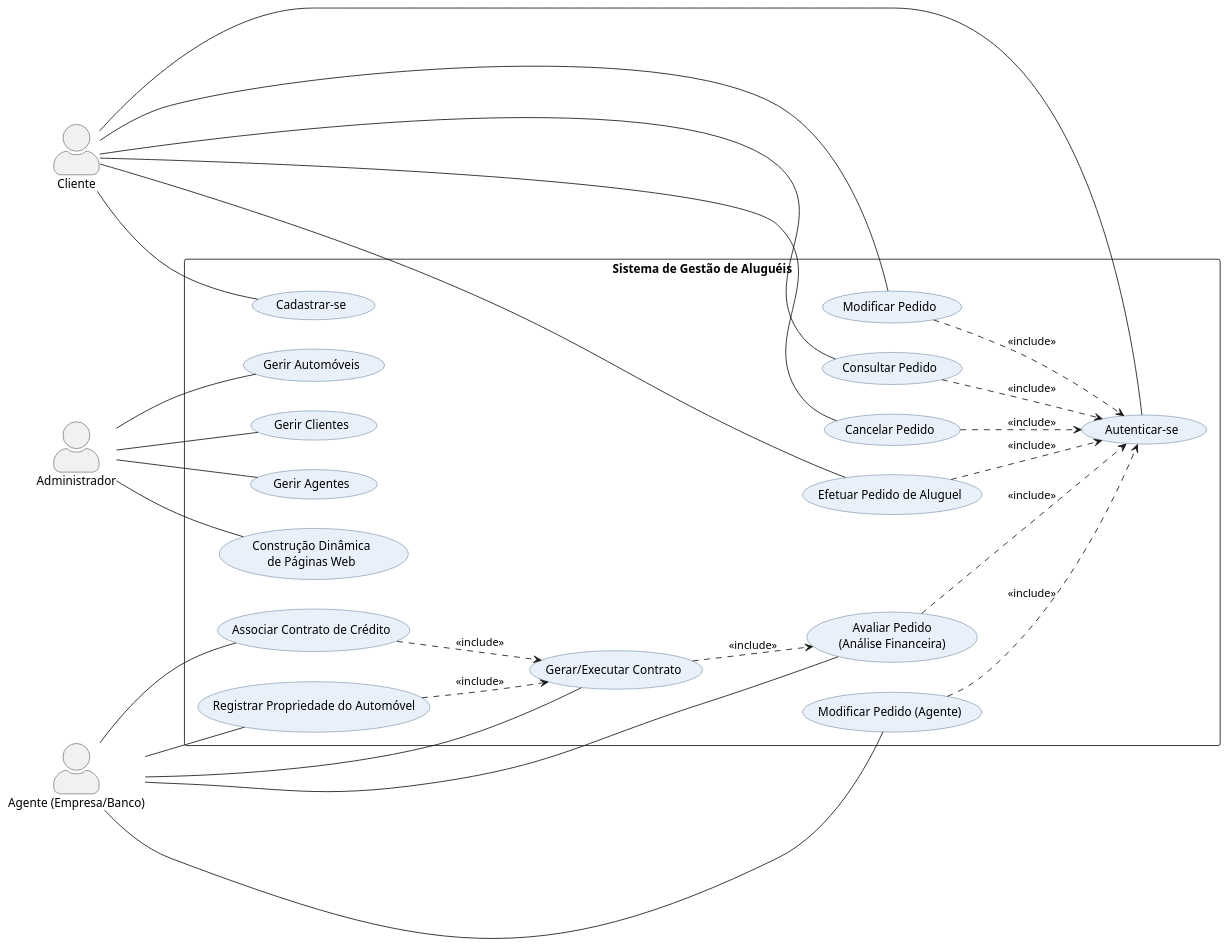
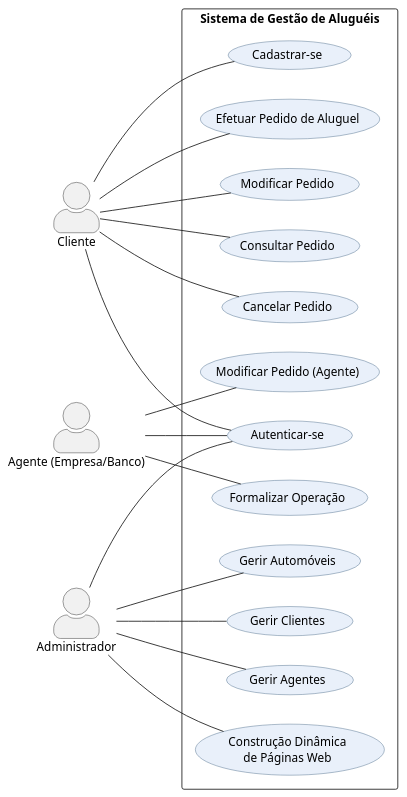
The diagram in project/code/usecase_diagram.md (LDS-Javali/ds-lab02), drawn with PlantUML before and after one commit. The commit also changed other lines of this file, not shown here.

````diff
--- a/project/code/usecase_diagram.md
+++ b/project/code/usecase_diagram.md
@@ -3,63 +3,59 @@
 ``` plantuml
 @startuml
 left to right direction
 skinparam actorStyle awesome
 skinparam usecaseBorderColor #406080
 skinparam usecaseBackgroundColor #E9F0FA
 skinparam shadowing false
 
 actor "Cliente" as Cliente
 actor "Agente (Empresa/Banco)" as Agente
 actor "Administrador" as Admin
 
 rectangle "Sistema de Gestão de Aluguéis" {
+  ' === Casos de Uso Gerais ===
   usecase "Cadastrar-se" as UC1
   usecase "Autenticar-se" as UC2
 
+  ' === Casos de Uso do Cliente ===
   usecase "Efetuar Pedido de Aluguel" as UC3
   usecase "Modificar Pedido" as UC4
   usecase "Consultar Pedido" as UC5
   usecase "Cancelar Pedido" as UC6
 
-  usecase "Avaliar Pedido\n(Análise Financeira)" as UC7
+  ' === Casos de Uso do Agente ===
   usecase "Modificar Pedido (Agente)" as UC8
-  usecase "Gerar/Executar Contrato" as UC9
-  usecase "Associar Contrato de Crédito" as UC10
-  usecase "Registrar Propriedade do Automóvel" as UC11
+  usecase "Formalizar Operação" as UC_FORMALIZAR
 
+
+  ' === Casos de Uso do Administrador ===
   usecase "Gerir Automóveis" as UC12
   usecase "Gerir Clientes" as UC13
   usecase "Gerir Agentes" as UC14
-
   usecase "Construção Dinâmica\nde Páginas Web" as UCWWW
 }
 
+' --- Relacionamentos com Atores ---
+
+' Cliente
 Cliente -- UC1
 Cliente -- UC2
 Cliente -- UC3
 Cliente -- UC4
 Cliente -- UC5
 Cliente -- UC6
 
-Agente -- UC7
+' Agente
+Agente -- UC2 
 Agente -- UC8
-Agente -- UC9
-Agente -- UC10
-Agente -- UC11
+Agente -- UC_FORMALIZAR
 
+' Administrador
+Admin -- UC2 
 Admin -- UC12
 Admin -- UC13
 Admin -- UC14
 Admin -- UCWWW
 
-UC3 ..> UC2 : <<include>>
-UC4 ..> UC2 : <<include>>
-UC5 ..> UC2 : <<include>>
-UC6 ..> UC2 : <<include>>
-UC7 ..> UC2 : <<include>>
-UC8 ..> UC2 : <<include>>
-UC9 ..> UC7 : <<include>>
-UC10 ..> UC9 : <<include>>
-UC11 ..> UC9 : <<include>>
 @enduml
 ```
````
